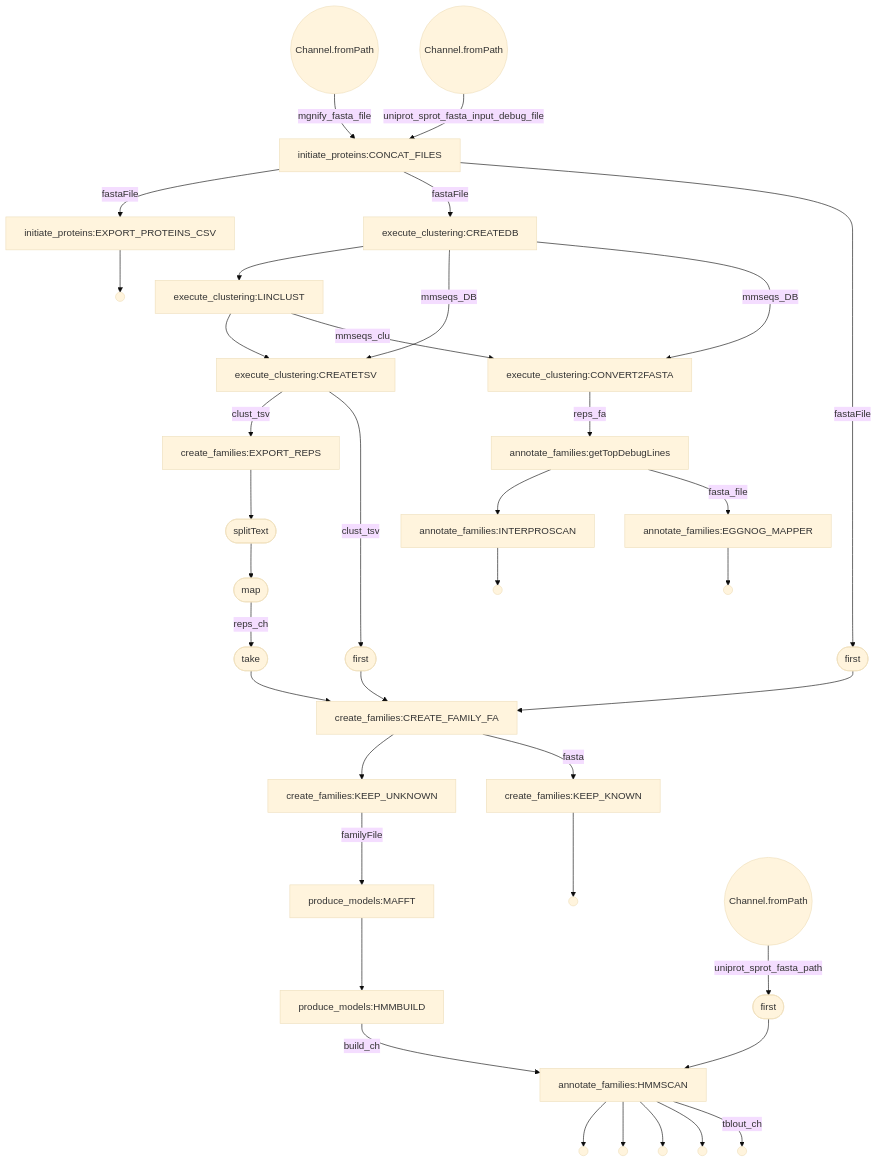
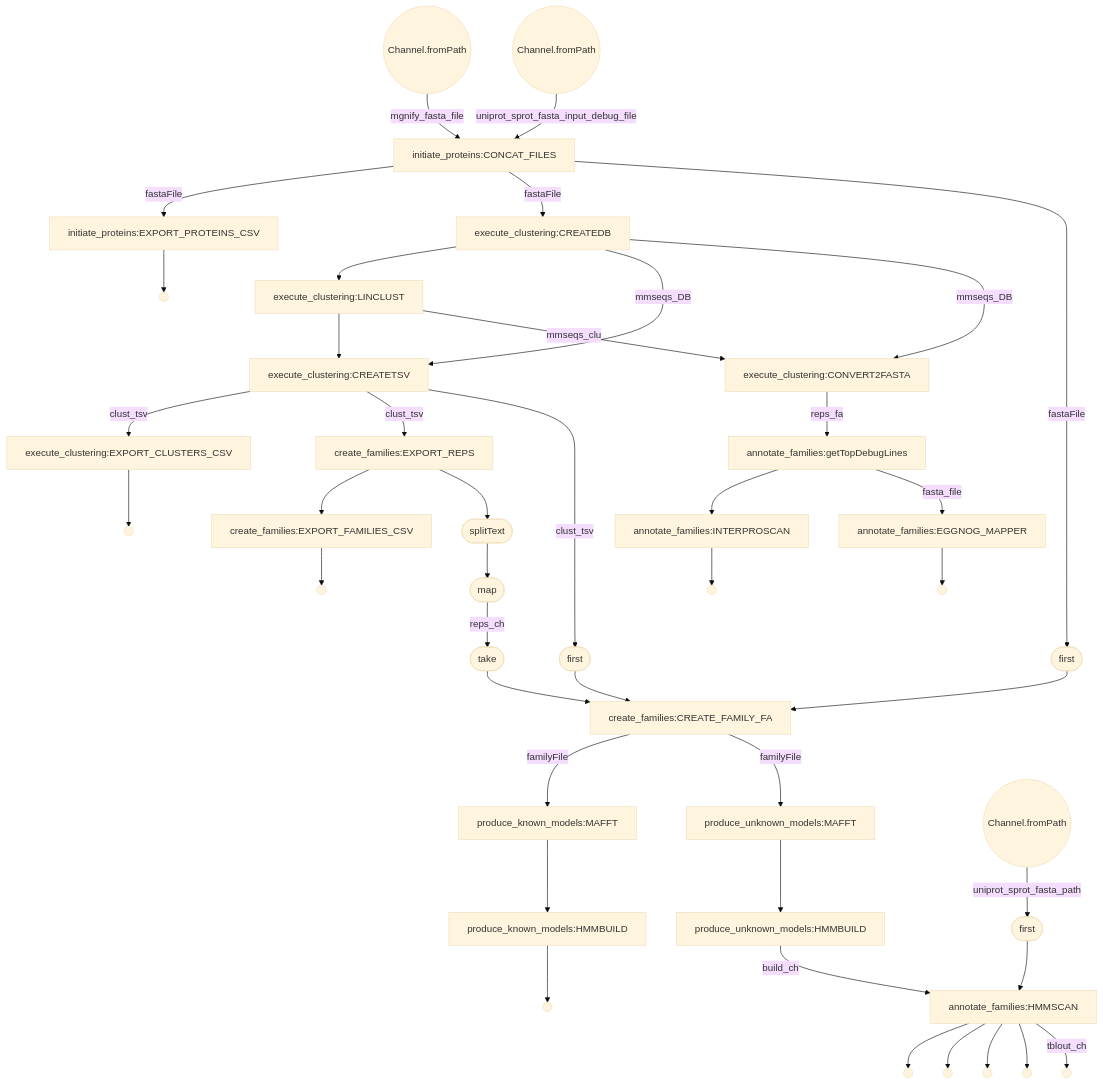
One commit to EBI-Metagenomics/mgnifams changed the diagram in flowchart_main.mmd. Above: the diagram before and after it, drawn with Mermaid (base theme). The commit also changed 9 other files, not shown here.

Commit message:
split known-unknown families

```diff
--- a/flowchart_main.mmd
+++ b/flowchart_main.mmd
@@ -1,72 +1,80 @@
 flowchart TD
     p0((Channel.fromPath))
     p1((Channel.fromPath))
     p2[initiate_proteins:CONCAT_FILES]
     p3[initiate_proteins:EXPORT_PROTEINS_CSV]
     p4(( ))
     p5[execute_clustering:CREATEDB]
     p6[execute_clustering:LINCLUST]
     p7[execute_clustering:CREATETSV]
-    p8[execute_clustering:CONVERT2FASTA]
-    p9[create_families:EXPORT_REPS]
-    p10([splitText])
-    p11([map])
-    p12([first])
-    p13([first])
-    p14([take])
-    p15[create_families:CREATE_FAMILY_FA]
-    p16[create_families:KEEP_UNKNOWN]
-    p17[create_families:KEEP_KNOWN]
-    p18(( ))
-    p19[produce_models:MAFFT]
-    p20[produce_models:HMMBUILD]
-    p21((Channel.fromPath))
-    p22[annotate_families:getTopDebugLines]
-    p23[annotate_families:INTERPROSCAN]
+    p8[execute_clustering:EXPORT_CLUSTERS_CSV]
+    p9(( ))
+    p10[execute_clustering:CONVERT2FASTA]
+    p11[create_families:EXPORT_REPS]
+    p12[create_families:EXPORT_FAMILIES_CSV]
+    p13(( ))
+    p14([splitText])
+    p15([map])
+    p16([first])
+    p17([first])
+    p18([take])
+    p19[create_families:CREATE_FAMILY_FA]
+    p20[produce_unknown_models:MAFFT]
+    p21[produce_unknown_models:HMMBUILD]
+    p22[produce_known_models:MAFFT]
+    p23[produce_known_models:HMMBUILD]
     p24(( ))
-    p25[annotate_families:EGGNOG_MAPPER]
-    p26(( ))
-    p27([first])
-    p28[annotate_families:HMMSCAN]
-    p29(( ))
+    p25((Channel.fromPath))
+    p26[annotate_families:getTopDebugLines]
+    p27[annotate_families:INTERPROSCAN]
+    p28(( ))
+    p29[annotate_families:EGGNOG_MAPPER]
     p30(( ))
-    p31(( ))
-    p32(( ))
+    p31([first])
+    p32[annotate_families:HMMSCAN]
     p33(( ))
+    p34(( ))
+    p35(( ))
+    p36(( ))
+    p37(( ))
     p0 -->|mgnify_fasta_file| p2
     p1 -->|uniprot_sprot_fasta_input_debug_file| p2
     p2 -->|fastaFile| p3
     p3 --> p4
     p2 -->|fastaFile| p5
     p5 --> p6
     p6 --> p7
     p5 -->|mmseqs_DB| p7
-    p7 -->|clust_tsv| p9
-    p5 -->|mmseqs_DB| p8
-    p6 -->|mmseqs_clu| p8
-    p8 -->|reps_fa| p22
-    p9 --> p10
-    p10 --> p11
-    p11 -->|reps_ch| p14
-    p7 -->|clust_tsv| p12
-    p12 --> p15
-    p2 -->|fastaFile| p13
-    p13 --> p15
+    p7 -->|clust_tsv| p8
+    p8 --> p9
+    p5 -->|mmseqs_DB| p10
+    p6 -->|mmseqs_clu| p10
+    p10 -->|reps_fa| p26
+    p7 -->|clust_tsv| p11
+    p11 --> p12
+    p12 --> p13
+    p11 --> p14
     p14 --> p15
-    p15 --> p16
-    p16 -->|familyFile| p19
-    p15 -->|fasta| p17
-    p17 --> p18
-    p19 --> p20
-    p20 -->|build_ch| p28
-    p21 -->|uniprot_sprot_fasta_path| p27
+    p15 -->|reps_ch| p18
+    p7 -->|clust_tsv| p16
+    p16 --> p19
+    p2 -->|fastaFile| p17
+    p17 --> p19
+    p18 --> p19
+    p19 -->|familyFile| p22
+    p19 -->|familyFile| p20
+    p20 --> p21
+    p21 -->|build_ch| p32
     p22 --> p23
     p23 --> p24
-    p22 -->|fasta_file| p25
-    p25 --> p26
+    p25 -->|uniprot_sprot_fasta_path| p31
+    p26 --> p27
     p27 --> p28
-    p28 --> p33
-    p28 --> p32
-    p28 --> p31
-    p28 --> p30
-    p28 -->|tblout_ch| p29
+    p26 -->|fasta_file| p29
+    p29 --> p30
+    p31 --> p32
+    p32 --> p37
+    p32 --> p36
+    p32 --> p35
+    p32 --> p34
+    p32 -->|tblout_ch| p33
```
